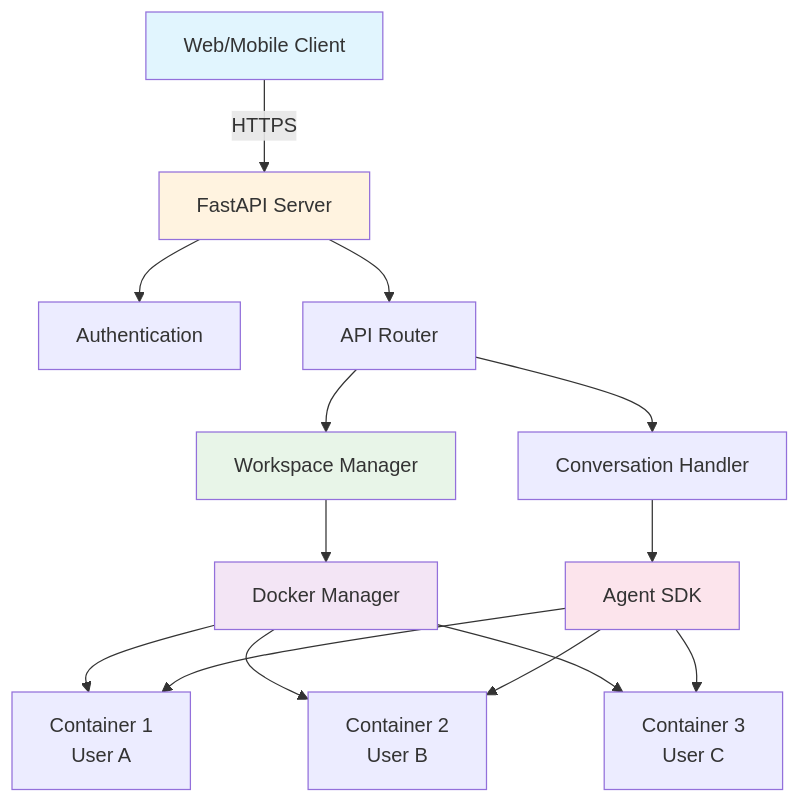
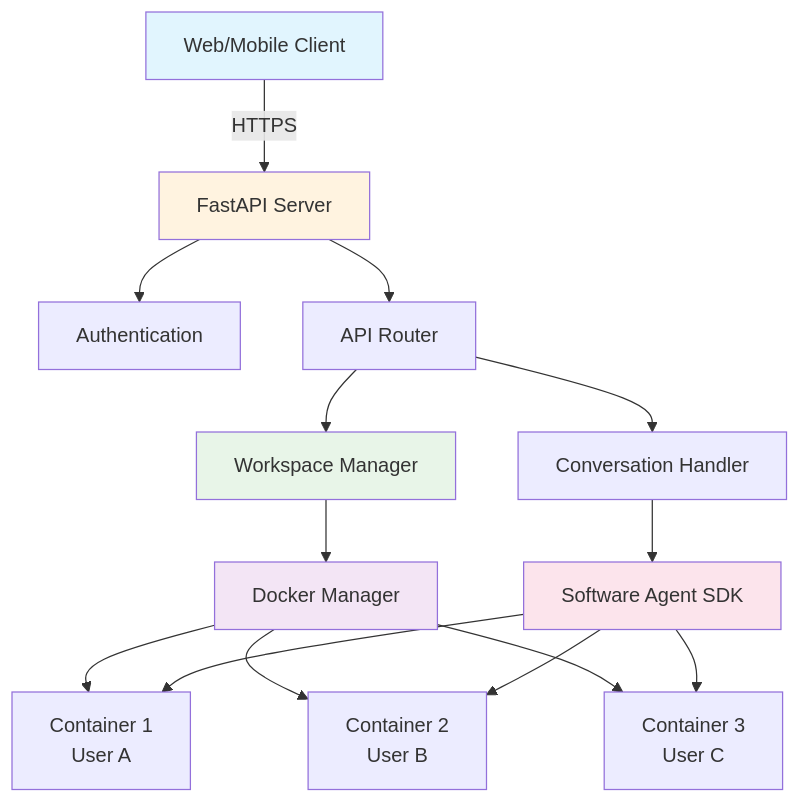
One commit to OpenHands/docs changed the diagram in sdk/arch/agent-server.mdx. Above: the diagram before and after it, drawn with Mermaid. The commit also changed 8 other files, not shown here.

First line of the commit message:
Rename 'Agent SDK' to 'Software Agent SDK' within sdk/ directory

````diff
--- a/sdk/arch/agent-server.mdx
+++ b/sdk/arch/agent-server.mdx
@@ -21,26 +21,26 @@
 ```mermaid
 graph TB
     Client[Web/Mobile Client] -->|HTTPS| API[FastAPI Server]
     
     API --> Auth[Authentication]
     API --> Router[API Router]
     
     Router --> WS[Workspace Manager]
     Router --> Conv[Conversation Handler]
     
     WS --> Docker[Docker Manager]
     Docker --> C1[Container 1<br/>User A]
     Docker --> C2[Container 2<br/>User B]
     Docker --> C3[Container 3<br/>User C]
     
-    Conv --> Agent[Agent SDK]
+    Conv --> Agent[Software Agent SDK]
     Agent --> C1
     Agent --> C2
     Agent --> C3
     
     style Client fill:#e1f5fe
     style API fill:#fff3e0
     style WS fill:#e8f5e8
     style Docker fill:#f3e5f5
     style Agent fill:#fce4ec
 ```
````
